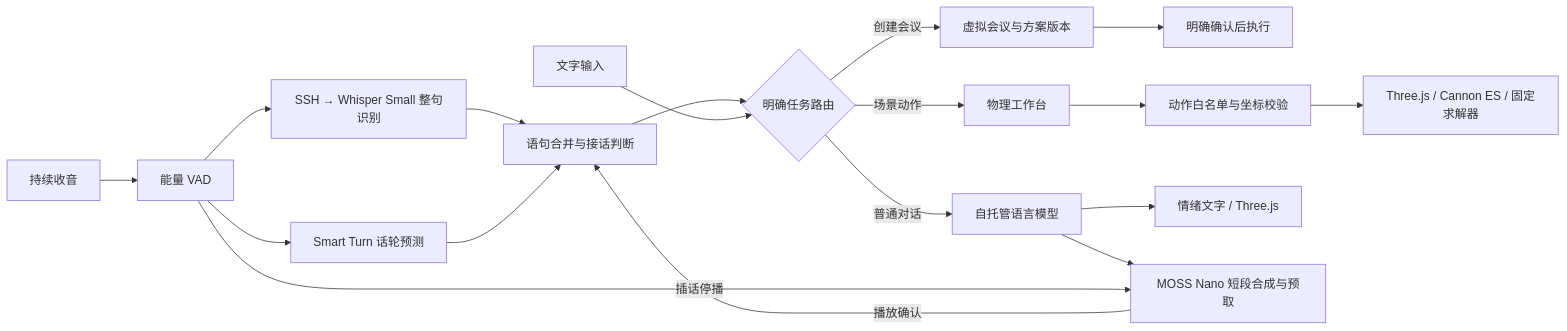
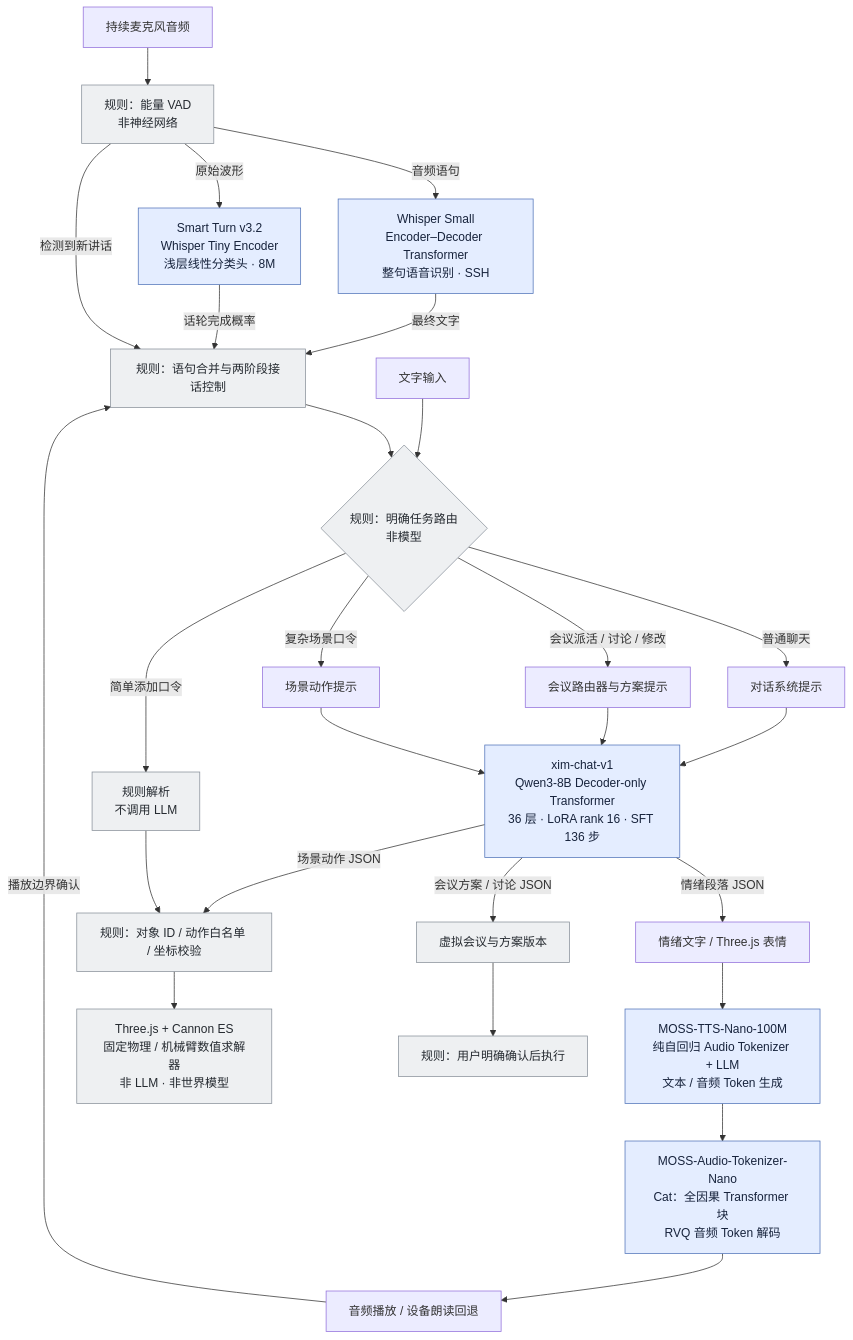
One commit to wuki-creator/Xim-duplex changed the diagram in README.md. Above: the diagram before and after it, drawn with Mermaid. The commit also changed other lines of this file and 1 other file, not shown here.

Commit message:
Clarify model structures in pipeline diagrams

````diff
--- a/README.md
+++ b/README.md
@@ -21,20 +25,37 @@
 ```mermaid
-flowchart LR
-    MIC[持续收音] --> VAD[能量 VAD]
-    VAD --> ASR[SSH → Whisper Small 整句识别]
-    VAD --> TURN[Smart Turn 话轮预测]
-    ASR --> GATE[语句合并与接话判断]
-    TURN --> GATE
-    GATE --> ROUTER{明确任务路由}
+flowchart TD
+    MIC[持续麦克风音频] --> VAD[规则：能量 VAD<br/>非神经网络]
+    VAD -->|音频语句| ASR[Whisper Small<br/>Encoder–Decoder Transformer<br/>整句语音识别 · SSH]
+    VAD -->|原始波形| TURN[Smart Turn v3.2<br/>Whisper Tiny Encoder<br/>浅层线性分类头 · 8M]
+    ASR -->|最终文字| GATE[规则：语句合并与两阶段接话控制]
+    TURN -->|话轮完成概率| GATE
     TEXT[文字输入] --> ROUTER
-    ROUTER -->|普通对话| LLM[自托管语言模型]
-    ROUTER -->|创建会议| ROOM[虚拟会议与方案版本]
-    ROOM --> CONFIRM[明确确认后执行]
-    ROUTER -->|场景动作| WORK[物理工作台]
-    WORK --> CHECK[动作白名单与坐标校验]
-    CHECK --> WORLD[Three.js / Cannon ES / 固定求解器]
-    LLM --> UI[情绪文字 / Three.js]
-    LLM --> TTS[MOSS Nano 短段合成与预取]
-    TTS -->|播放确认| GATE
-    VAD -->|插话停播| TTS
+    GATE --> ROUTER{规则：明确任务路由<br/>非模型}
+
+    ROUTER -->|普通聊天| CHATP[对话系统提示]
+    ROUTER -->|会议派活 / 讨论 / 修改| MEETP[会议路由器与方案提示]
+    ROUTER -->|复杂场景口令| SCENEP[场景动作提示]
+    ROUTER -->|简单添加口令| SIMPLE[规则解析<br/>不调用 LLM]
+
+    CHATP --> LLM[xim-chat-v1<br/>Qwen3-8B Decoder-only Transformer<br/>36 层 · LoRA rank 16 · SFT 136 步]
+    MEETP --> LLM
+    SCENEP --> LLM
+
+    LLM -->|情绪段落 JSON| UI[情绪文字 / Three.js 表情]
+    LLM -->|会议方案 / 讨论 JSON| ROOM[虚拟会议与方案版本]
+    LLM -->|场景动作 JSON| CHECK[规则：对象 ID / 动作白名单 / 坐标校验]
+    SIMPLE --> CHECK
+    ROOM --> CONFIRM[规则：用户明确确认后执行]
+    CHECK --> WORLD[Three.js + Cannon ES<br/>固定物理 / 机械臂数值求解器<br/>非 LLM · 非世界模型]
+
+    UI --> TTS[MOSS-TTS-Nano-100M<br/>纯自回归 Audio Tokenizer + LLM<br/>文本 / 音频 Token 生成]
+    TTS --> CODEC[MOSS-Audio-Tokenizer-Nano<br/>Cat：全因果 Transformer 块<br/>RVQ 音频 Token 解码]
+    CODEC --> PLAY[音频播放 / 设备朗读回退]
+    PLAY -->|播放边界确认| GATE
+    VAD -->|检测到新讲话| GATE
+
+    classDef model fill:#e4edff,stroke:#5274b9,color:#17233c;
+    classDef rule fill:#eef0f2,stroke:#89919b,color:#252a30;
+    class ASR,TURN,LLM,TTS,CODEC model;
+    class VAD,GATE,ROUTER,SIMPLE,ROOM,CONFIRM,CHECK,WORLD rule;
 ```
````
